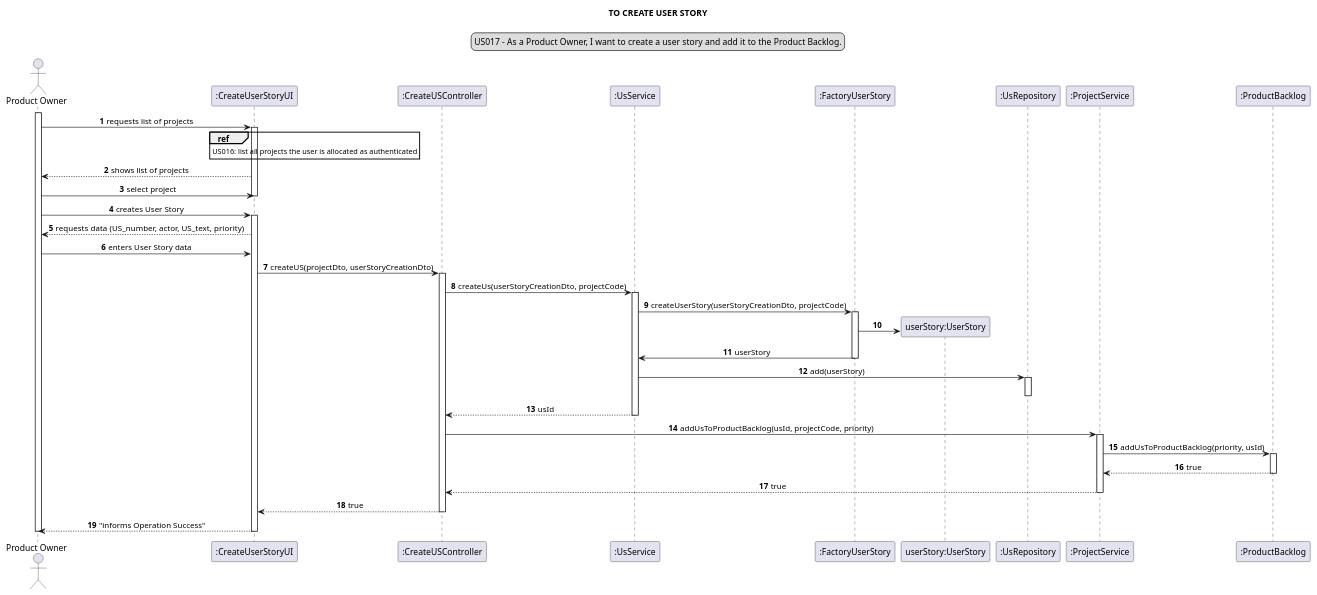
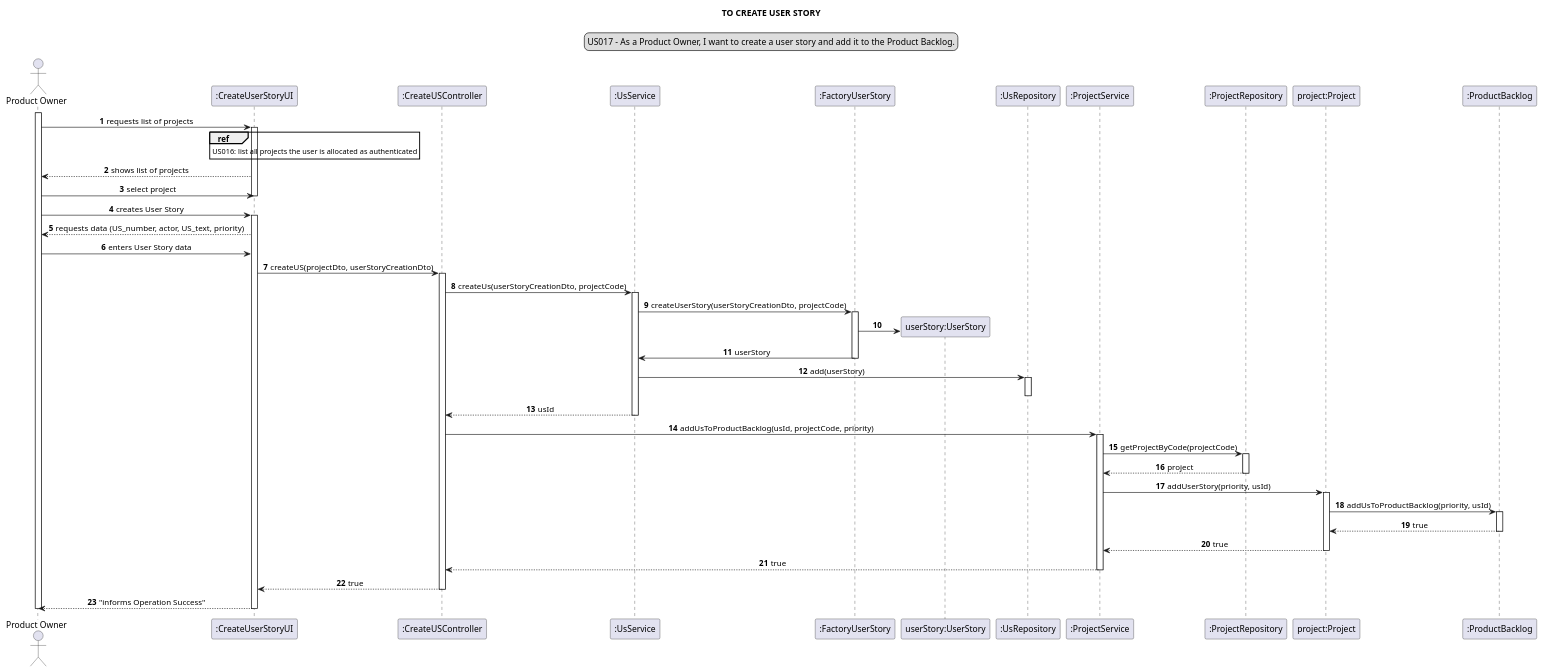
Before and after one commit to Loracline/project_switch_22-23: the diagram in docs/modelling_design/user_stories/sprint03/us017/US017_sequenceDiagram.puml, drawn with PlantUML. The commit also changed 1 other file, not shown here.

Commit message:
US017: Design: Updated sequence and class diagrams of US017, addresses #235

```diff
--- a/docs/modelling_design/user_stories/sprint03/us017/US017_sequenceDiagram.puml
+++ b/docs/modelling_design/user_stories/sprint03/us017/US017_sequenceDiagram.puml
@@ -1,60 +1,72 @@
 @startuml
 skinparam sequenceMessageAlign center
 title TO CREATE USER STORY
 legend top
 US017 - As a Product Owner, I want to create a user story and add it to the Product Backlog.
 end legend
 autonumber
 actor "Product Owner" as product
 participant ":CreateUserStoryUI" as ui
 participant ":CreateUSController" as controller
 participant ":UsService" as service
 participant ":FactoryUserStory" as factory
 participant "userStory:UserStory" as userStory
 participant ":UsRepository" as usrep
 participant ":ProjectService" as pservice
+participant ":ProjectRepository" as pr
+participant "project:Project" as project
 participant ":ProductBacklog" as pbacklog
 
 
 
 activate product
 product -> ui : requests list of projects
 activate ui
 ref over ui: US016: list all projects the user is allocated as authenticated
 ui --> product: shows list of projects
 product -> ui : select project
 deactivate ui
 product -> ui : creates User Story
 activate ui
 ui --> product: requests data (US_number, actor, US_text, priority)
 product -> ui: enters User Story data
 ui -> controller: createUS(projectDto, userStoryCreationDto)
 activate controller
 controller -> service:createUs(userStoryCreationDto, projectCode)
 activate service
 
 service -> factory: createUserStory(userStoryCreationDto, projectCode)
 activate factory
 create userStory
 factory -> userStory
 factory -> service: userStory
 deactivate factory
 service -> usrep: add(userStory)
 activate usrep
 deactivate usrep
 service --> controller: usId
 deactivate service
 controller -> pservice: addUsToProductBacklog(usId, projectCode, priority)
 activate pservice
-pservice -> pbacklog : addUsToProductBacklog(priority, usId)
+pservice -> pr: getProjectByCode(projectCode)
+activate pr
+pr --> pservice: project
+deactivate pr
+
+pservice -> project: addUserStory(priority, usId)
+activate project
+project -> pbacklog : addUsToProductBacklog(priority, usId)
 activate pbacklog
-pbacklog --> pservice : true
+pbacklog --> project : true
+deactivate
+project --> pservice: true
+deactivate
 deactivate pbacklog
 pservice --> controller : true
 deactivate pservice
 controller --> ui: true
 deactivate controller
 ui --> product: "informs Operation Success"
 deactivate ui
 deactivate product
 @enduml
```
